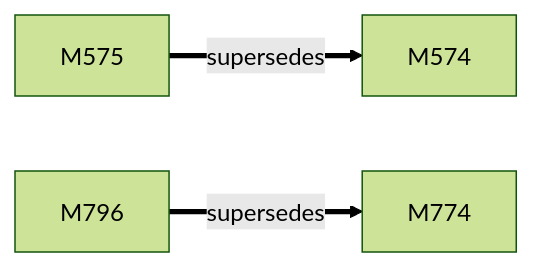
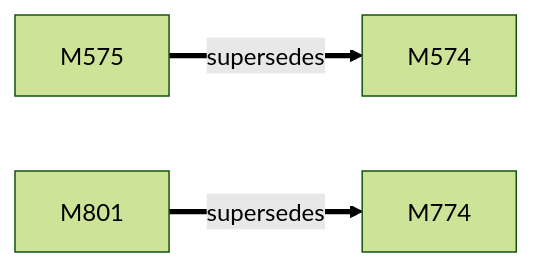
The first of 2 diagrams in docs/facts/graphs/d3d.md (D-Ogi/amdgpu-wddm), drawn with Mermaid (forest theme) before and after one commit. The commit also changed other lines of this file and 7 other files, not shown here.

````diff
--- a/docs/facts/graphs/d3d.md
+++ b/docs/facts/graphs/d3d.md
@@ -9,10 +9,10 @@
 ```mermaid
 flowchart LR
   M574["M574"]
   M575["M575"]
   M774["M774"]
-  M796["M796"]
+  M801["M801"]
   M575 ==>|supersedes| M574
-  M796 ==>|supersedes| M774
+  M801 ==>|supersedes| M774
   classDef other stroke-dasharray:4 3
 ```
````
